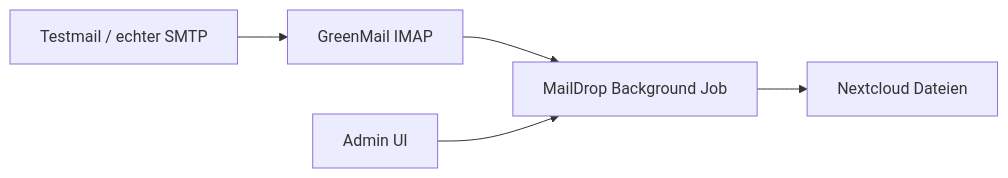
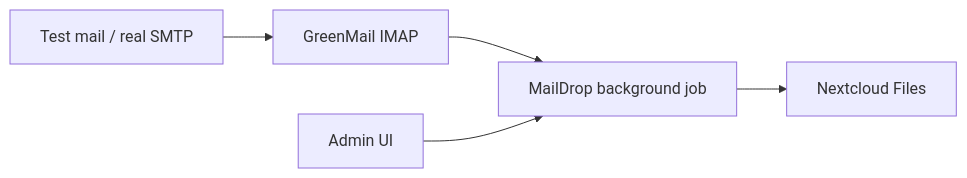
Before and after one commit to djschilling/Nextcloud-MailDrop: the diagram in README.md, drawn with Mermaid. The commit also changed other lines of this file and 2 other files, not shown here.

````diff
--- a/README.md
+++ b/README.md
@@ -141,7 +141,7 @@
 ```mermaid
 flowchart LR
-  SMTP[Testmail / echter SMTP] --> GreenMail[GreenMail IMAP]
-  GreenMail --> Job[MailDrop Background Job]
-  Job --> NC[Nextcloud Dateien]
+  SMTP[Test mail / real SMTP] --> GreenMail[GreenMail IMAP]
+  GreenMail --> Job[MailDrop background job]
+  Job --> NC[Nextcloud Files]
   UI[Admin UI] --> Job
 ```
````
